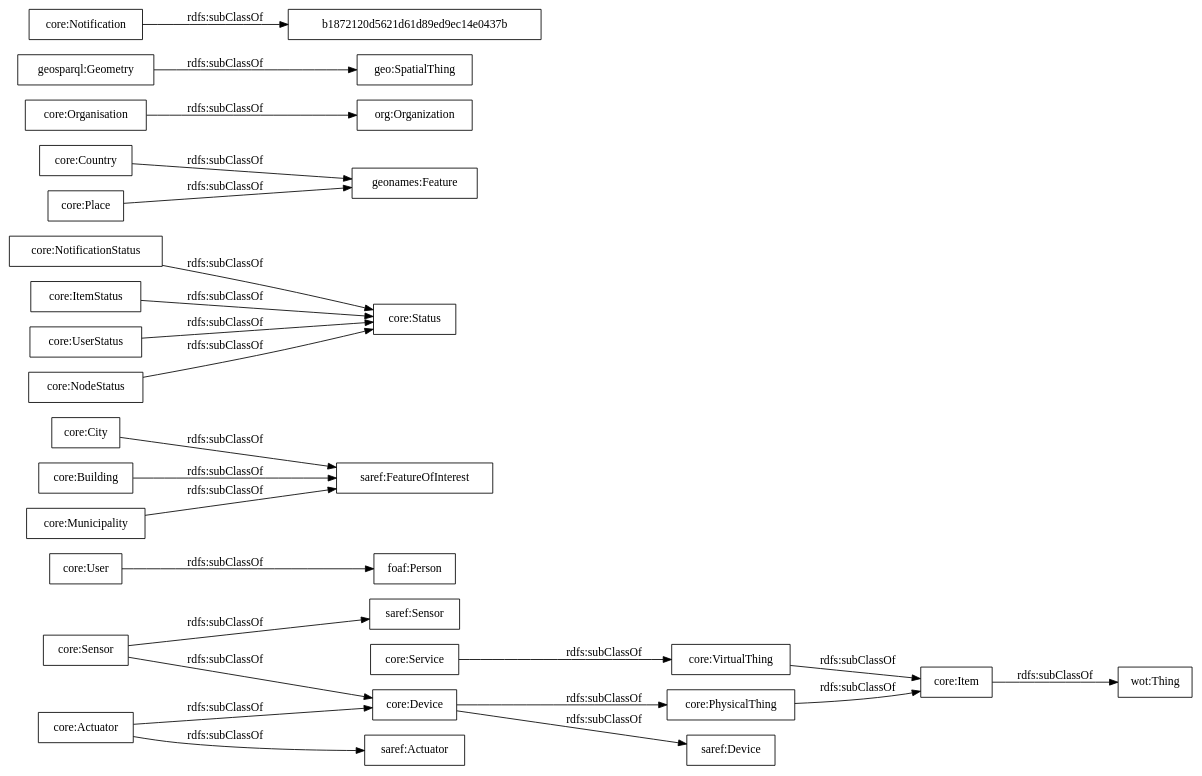
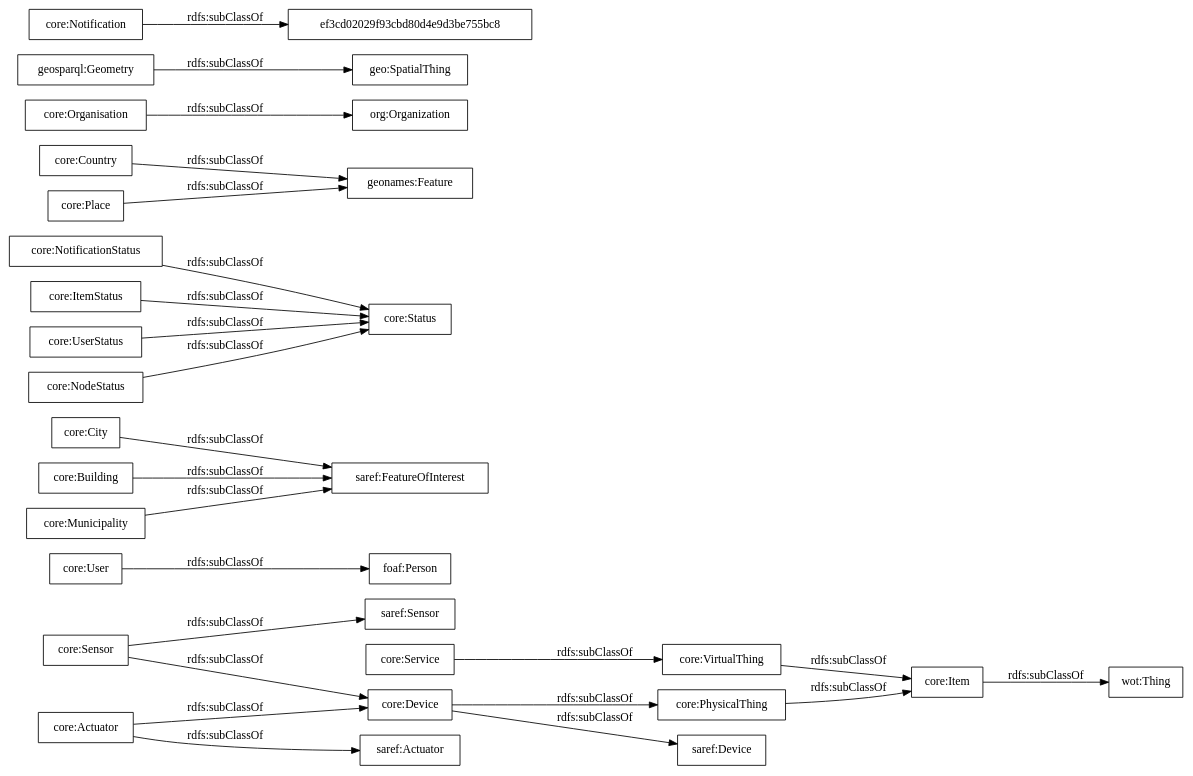
One commit to dbujan/auroral-core-ontology-v2 changed the diagram in OnToology/ontology/auroral-core.ttl/diagrams/ar2dtool-taxonomy/auroral-core.ttl.png.dot. Above: the diagram before and after it, drawn with Graphviz. The commit also changed 6 other files, not shown here.

```diff
--- a/OnToology/ontology/auroral-core.ttl/diagrams/ar2dtool-taxonomy/auroral-core.ttl.png.dot
+++ b/OnToology/ontology/auroral-core.ttl/diagrams/ar2dtool-taxonomy/auroral-core.ttl.png.dot
@@ -1,29 +1,29 @@
 digraph ar2dtool_diagram { 
 rankdir=LR;
 size="1000"
-node [shape = rectangle, color="black"]; "wot:Thing" "saref:Actuator" "core:User" "saref:Device" "core:City" "core:NotificationStatus" "geonames:Feature" "core:Status" "core:Service" "core:Device" "core:Sensor" "core:Actuator" "core:Organisation" "foaf:Person" "core:Building" "org:Organization" "core:Country" "core:Item" "geosparql:Geometry" "core:Place" "core:Notification" "core:ItemStatus" "geo:SpatialThing" "b1872120d5621d61d89ed9ec14e0437b" "core:PhysicalThing" "core:UserStatus" "core:NodeStatus" "core:Municipality" "core:VirtualThing" "saref:FeatureOfInterest" "saref:Sensor" ; /*classes style*/
+node [shape = rectangle, color="black"]; "wot:Thing" "saref:Actuator" "core:User" "saref:Device" "core:City" "core:NotificationStatus" "geonames:Feature" "core:Status" "core:Service" "core:Device" "core:Sensor" "core:Actuator" "core:Organisation" "foaf:Person" "core:Building" "org:Organization" "core:Country" "core:Item" "geosparql:Geometry" "core:Place" "core:Notification" "core:ItemStatus" "geo:SpatialThing" "core:PhysicalThing" "core:UserStatus" "core:NodeStatus" "core:Municipality" "core:VirtualThing" "saref:FeatureOfInterest" "ef3cd02029f93cbd80d4e9d3be755bc8" "saref:Sensor" ; /*classes style*/
 	"core:ItemStatus" -> "core:Status" [ label = "rdfs:subClassOf" ];
 	"core:Service" -> "core:VirtualThing" [ label = "rdfs:subClassOf" ];
 	"core:Country" -> "geonames:Feature" [ label = "rdfs:subClassOf" ];
 	"core:Organisation" -> "org:Organization" [ label = "rdfs:subClassOf" ];
 	"core:User" -> "foaf:Person" [ label = "rdfs:subClassOf" ];
 	"core:Building" -> "saref:FeatureOfInterest" [ label = "rdfs:subClassOf" ];
 	"core:PhysicalThing" -> "core:Item" [ label = "rdfs:subClassOf" ];
 	"core:Device" -> "saref:Device" [ label = "rdfs:subClassOf" ];
 	"core:Device" -> "core:PhysicalThing" [ label = "rdfs:subClassOf" ];
 	"core:Municipality" -> "saref:FeatureOfInterest" [ label = "rdfs:subClassOf" ];
 	"core:NodeStatus" -> "core:Status" [ label = "rdfs:subClassOf" ];
 	"core:UserStatus" -> "core:Status" [ label = "rdfs:subClassOf" ];
 	"core:Sensor" -> "saref:Sensor" [ label = "rdfs:subClassOf" ];
 	"core:Sensor" -> "core:Device" [ label = "rdfs:subClassOf" ];
 	"core:VirtualThing" -> "core:Item" [ label = "rdfs:subClassOf" ];
 	"core:Actuator" -> "saref:Actuator" [ label = "rdfs:subClassOf" ];
 	"core:Actuator" -> "core:Device" [ label = "rdfs:subClassOf" ];
 	"core:Item" -> "wot:Thing" [ label = "rdfs:subClassOf" ];
 	"core:Place" -> "geonames:Feature" [ label = "rdfs:subClassOf" ];
 	"geosparql:Geometry" -> "geo:SpatialThing" [ label = "rdfs:subClassOf" ];
-	"core:Notification" -> "b1872120d5621d61d89ed9ec14e0437b" [ label = "rdfs:subClassOf" ];
+	"core:Notification" -> "ef3cd02029f93cbd80d4e9d3be755bc8" [ label = "rdfs:subClassOf" ];
 	"core:NotificationStatus" -> "core:Status" [ label = "rdfs:subClassOf" ];
 	"core:City" -> "saref:FeatureOfInterest" [ label = "rdfs:subClassOf" ];
 
 }
```
